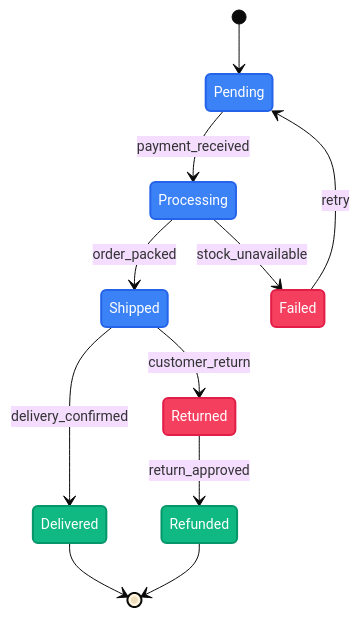
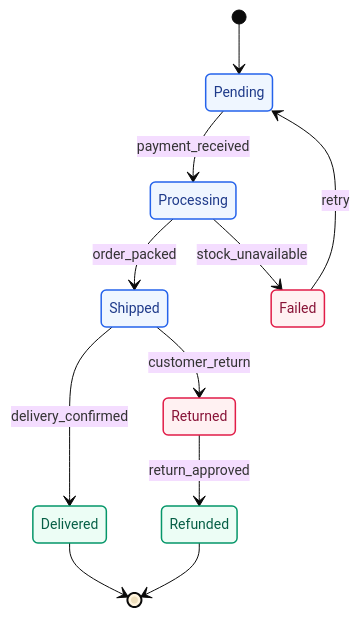
One commit to LINJIANG12/general-readme-skill changed the tenth of 10 diagrams in references/diagram-templates.md. Above: the diagram before and after it, drawn with Mermaid. The commit also changed other lines of this file and 13 other files, not shown here.

`````diff
--- a/references/diagram-templates.md
+++ b/references/diagram-templates.md
@@ -443,28 +457,28 @@
 ````mermaid
 %%{init: {'theme': 'base', 'themeVariables': {'fontSize': '14px'}}}%%
 stateDiagram-v2
     [*] --> Pending
     Pending --> Processing : payment_received
     Processing --> Shipped : order_packed
     Processing --> Failed : stock_unavailable
     Shipped --> Delivered : delivery_confirmed
     Shipped --> Returned : customer_return
     Delivered --> [*]
     Failed --> Pending : retry
     Returned --> Refunded : return_approved
     Refunded --> [*]
 
-    classDef initial fill:#64748B,stroke:#475569,color:#fff,stroke-width:2px
-    classDef active fill:#3B82F6,stroke:#2563EB,color:#fff,stroke-width:2px
-    classDef success fill:#10B981,stroke:#059669,color:#fff,stroke-width:2px
-    classDef error fill:#F43F5E,stroke:#E11D48,color:#fff,stroke-width:2px
-    classDef terminal fill:#64748B,stroke:#475569,color:#fff,stroke-width:2px
+    classDef initial fill:#F8FAFC,stroke:#475569,color:#334155,stroke-width:1.5px
+    classDef active fill:#EFF6FF,stroke:#2563EB,color:#1E3A8A,stroke-width:1.5px
+    classDef success fill:#ECFDF5,stroke:#059669,color:#065F46,stroke-width:1.5px
+    classDef error fill:#FFF1F2,stroke:#E11D48,color:#881337,stroke-width:1.5px
+    classDef terminal fill:#F8FAFC,stroke:#475569,color:#334155,stroke-width:1.5px
 
     class Pending active
     class Processing active
     class Shipped active
     class Delivered success
     class Failed error
     class Returned error
     class Refunded success
 ````
`````
